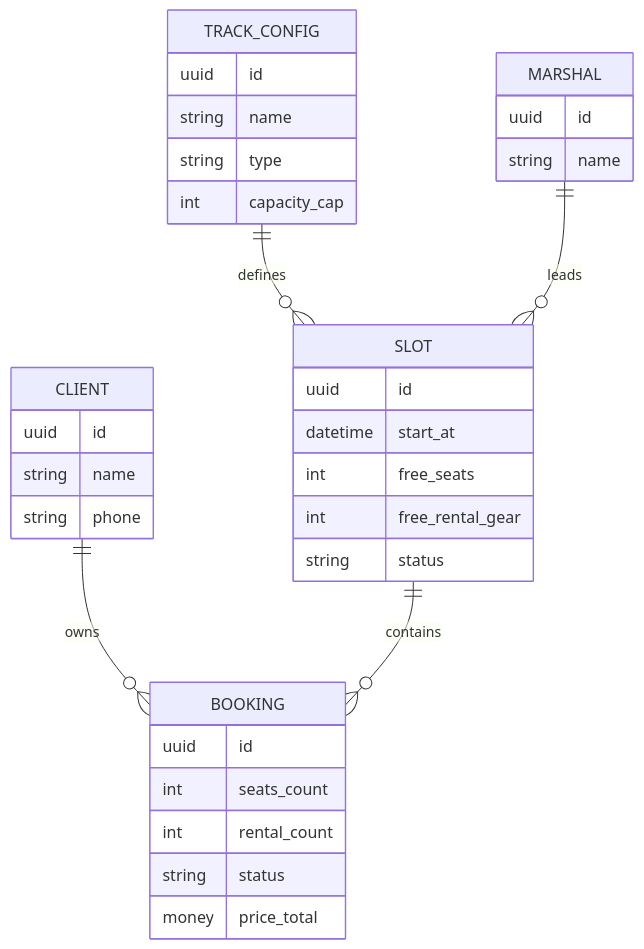
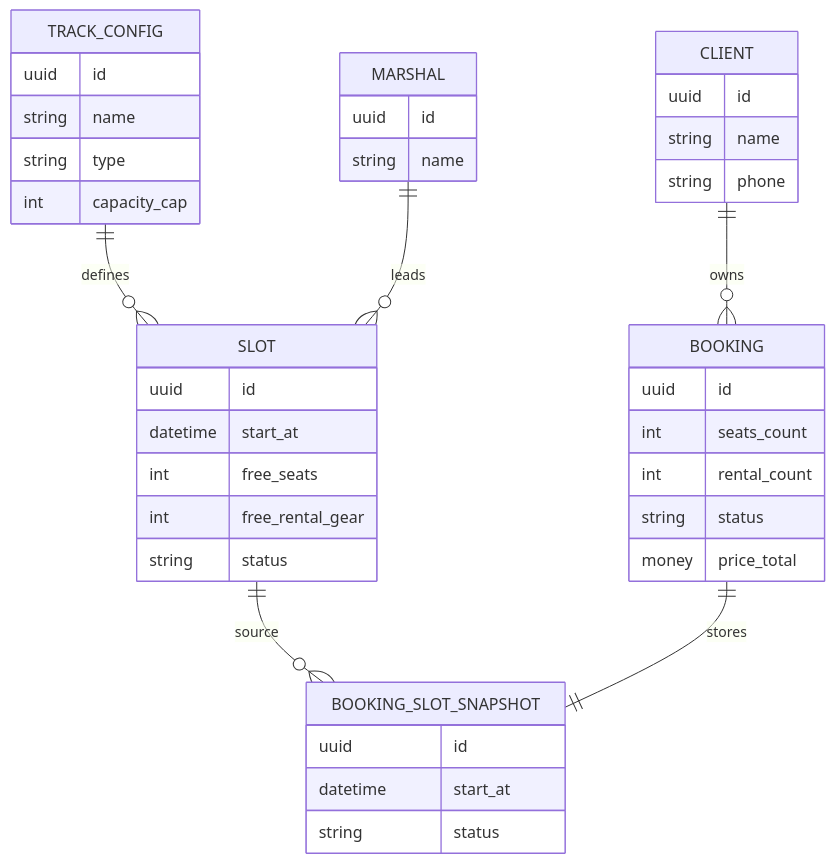
One commit to Asinasta/karting-center changed the diagram in 01-analysis/4-design/data-model.md. Above: the diagram before and after it, drawn with Mermaid. The commit also changed other lines of this file and 41 other files, not shown here.

````diff
--- a/01-analysis/4-design/data-model.md
+++ b/01-analysis/4-design/data-model.md
@@ -82,37 +99,43 @@
 ```mermaid
 erDiagram
   CLIENT ||--o{ BOOKING : owns
-  SLOT ||--o{ BOOKING : contains
+  SLOT ||--o{ BOOKING_SLOT_SNAPSHOT : source
+  BOOKING ||--|| BOOKING_SLOT_SNAPSHOT : stores
   TRACK_CONFIG ||--o{ SLOT : defines
   MARSHAL ||--o{ SLOT : leads
 
   CLIENT {
     uuid id
     string name
     string phone
   }
   TRACK_CONFIG {
     uuid id
     string name
     string type
     int capacity_cap
   }
   MARSHAL {
     uuid id
     string name
   }
   SLOT {
     uuid id
     datetime start_at
     int free_seats
     int free_rental_gear
     string status
   }
+  BOOKING_SLOT_SNAPSHOT {
+    uuid id
+    datetime start_at
+    string status
+  }
   BOOKING {
     uuid id
     int seats_count
     int rental_count
     string status
     money price_total
   }
 ```
````
